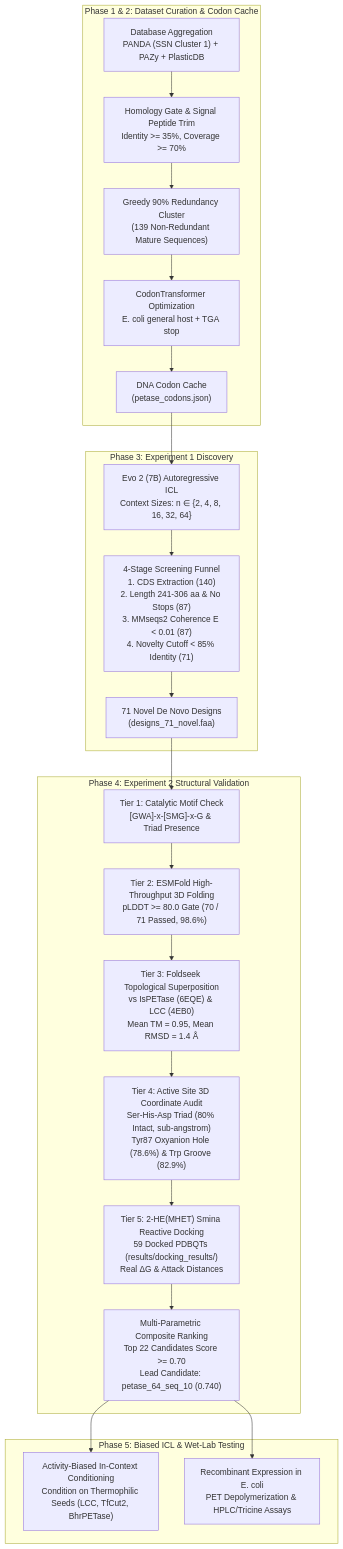
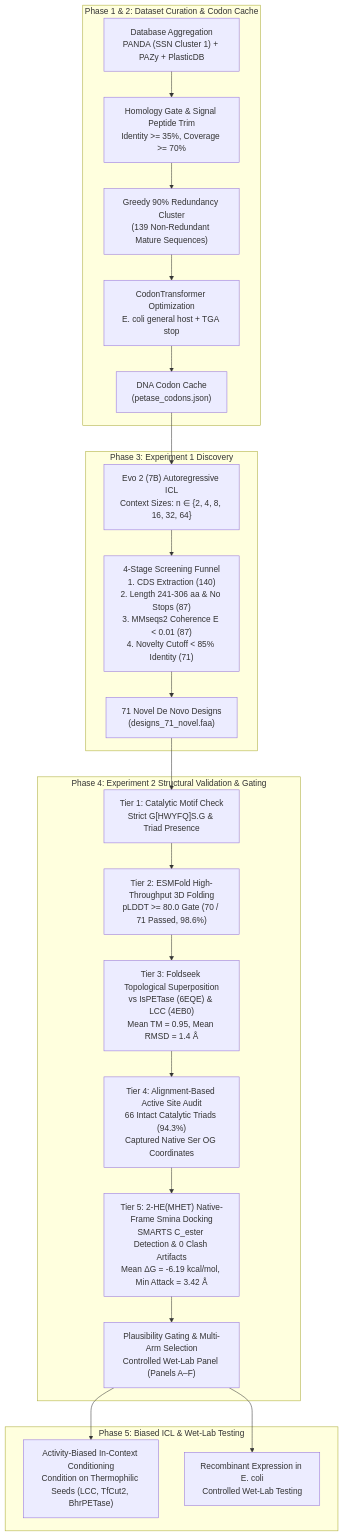
One commit to deepanshu-yadav/EVO_2_PETase changed the diagram in README.md. Above: the diagram before and after it, drawn with Mermaid. The commit also changed other lines of this file and 15 other files, not shown here.

Commit message:
New experiment results obtained with docking code corrections and readmes updated

````diff
--- a/README.md
+++ b/README.md
@@ -57,29 +57,29 @@
 ```mermaid
 flowchart TD
     subgraph Phase1_2 ["Phase 1 & 2: Dataset Curation & Codon Cache"]
         A["Database Aggregation<br/>PANDA (SSN Cluster 1) + PAZy + PlasticDB"] --> B["Homology Gate & Signal Peptide Trim<br/>Identity >= 35%, Coverage >= 70%"]
         B --> C["Greedy 90% Redundancy Cluster<br/>(139 Non-Redundant Mature Sequences)"]
         C --> D["CodonTransformer Optimization<br/>E. coli general host + TGA stop"]
         D --> E["DNA Codon Cache<br/>(petase_codons.json)"]
     end
 
     subgraph Exp1 ["Phase 3: Experiment 1 Discovery"]
         E --> F["Evo 2 (7B) Autoregressive ICL<br/>Context Sizes: n ∈ {2, 4, 8, 16, 32, 64}"]
         F --> G["4-Stage Screening Funnel<br/>1. CDS Extraction (140)<br/>2. Length 241-306 aa & No Stops (87)<br/>3. MMseqs2 Coherence E < 0.01 (87)<br/>4. Novelty Cutoff < 85% Identity (71)"]
         G --> H["71 Novel De Novo Designs<br/>(designs_71_novel.faa)"]
     end
 
-    subgraph Exp2 ["Phase 4: Experiment 2 Structural Validation"]
-        H --> I["Tier 1: Catalytic Motif Check<br/>[GWA]-x-[SMG]-x-G & Triad Presence"]
+    subgraph Exp2 ["Phase 4: Experiment 2 Structural Validation & Gating"]
+        H --> I["Tier 1: Catalytic Motif Check<br/>Strict G[HWYFQ]S.G & Triad Presence"]
         I --> J["Tier 2: ESMFold High-Throughput 3D Folding<br/>pLDDT >= 80.0 Gate (70 / 71 Passed, 98.6%)"]
         J --> K["Tier 3: Foldseek Topological Superposition<br/>vs IsPETase (6EQE) & LCC (4EB0)<br/>Mean TM = 0.95, Mean RMSD = 1.4 Å"]
-        K --> L["Tier 4: Active Site 3D Coordinate Audit<br/>Ser-His-Asp Triad (80% Intact, sub-angstrom)<br/>Tyr87 Oxyanion Hole (78.6%) & Trp Groove (82.9%)"]
-        L --> M["Tier 5: 2-HE(MHET) Smina Reactive Docking<br/>59 Docked PDBQTs (results/docking_results/)<br/>Real ΔG & Attack Distances"]
-        M --> N["Multi-Parametric Composite Ranking<br/>Top 22 Candidates Score >= 0.70<br/>Lead Candidate: petase_64_seq_10 (0.740)"]
+        K --> L["Tier 4: Alignment-Based Active Site Audit<br/>66 Intact Catalytic Triads (94.3%)<br/>Captured Native Ser OG Coordinates"]
+        L --> M["Tier 5: 2-HE(MHET) Native-Frame Smina Docking<br/>SMARTS C_ester Detection & 0 Clash Artifacts<br/>Mean ΔG = -6.19 kcal/mol, Min Attack = 3.42 Å"]
+        M --> N["Plausibility Gating & Multi-Arm Selection<br/>Controlled Wet-Lab Panel (Panels A–F)"]
     end
 
     subgraph Phase3 ["Phase 5: Biased ICL & Wet-Lab Testing"]
         N --> O["Activity-Biased In-Context Conditioning<br/>Condition on Thermophilic Seeds (LCC, TfCut2, BhrPETase)"]
-        N --> P["Recombinant Expression in E. coli<br/>PET Depolymerization & HPLC/Tricine Assays"]
+        N --> P["Recombinant Expression in E. coli<br/>Controlled Wet-Lab Testing"]
     end
 ```
````
